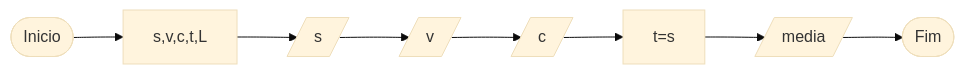
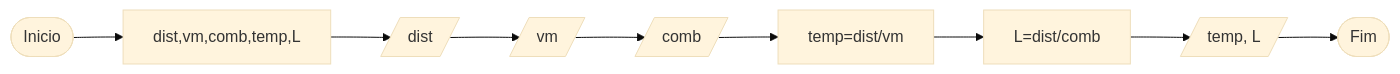
Before and after one commit to mari-roc/algorithms-logic: the diagram in algo03/q4flow.md, drawn with Mermaid (base theme).

Commit message:
adding q4 flow

````diff
--- a/algo03/q4flow.md
+++ b/algo03/q4flow.md
@@ -8,10 +8,11 @@
 ```mermaid
 graph LR
-    A([Inicio]) --> B[s,v,c,t,L]
-    B --> C[/s/]
-    C --> D[/v/]
-    D --> E[/c/]
-    E --> F["t=s"]
-    F --> G[/media/]
-    G --> H([Fim])
+    A([Inicio]) --> B[dist,vm,comb,temp,L]
+    B --> C[/dist/]
+    C --> D[/vm/]
+    D --> E[/comb/]
+    E --> F["temp=dist/vm"]
+    F --> G["L=dist/comb"]
+    G --> H[/temp, L/]
+    H --> I([Fim])
 ```
````
